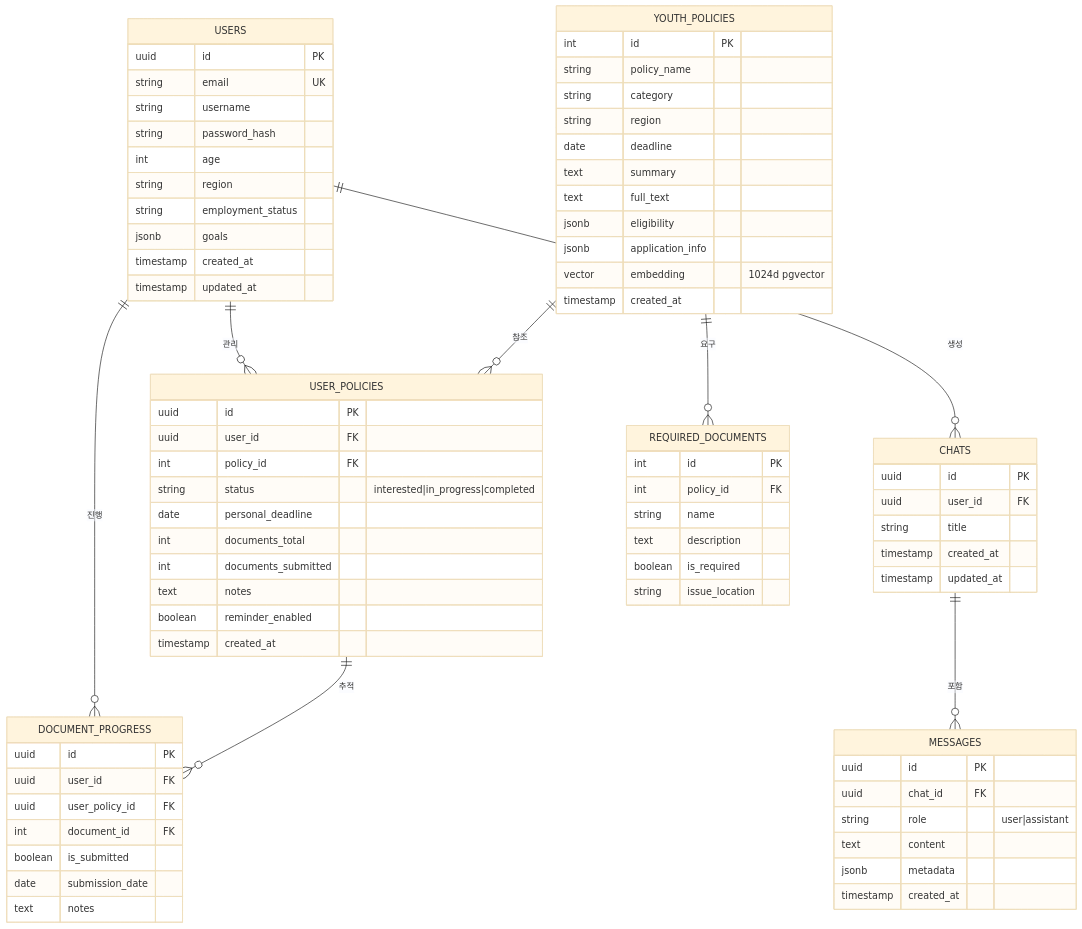
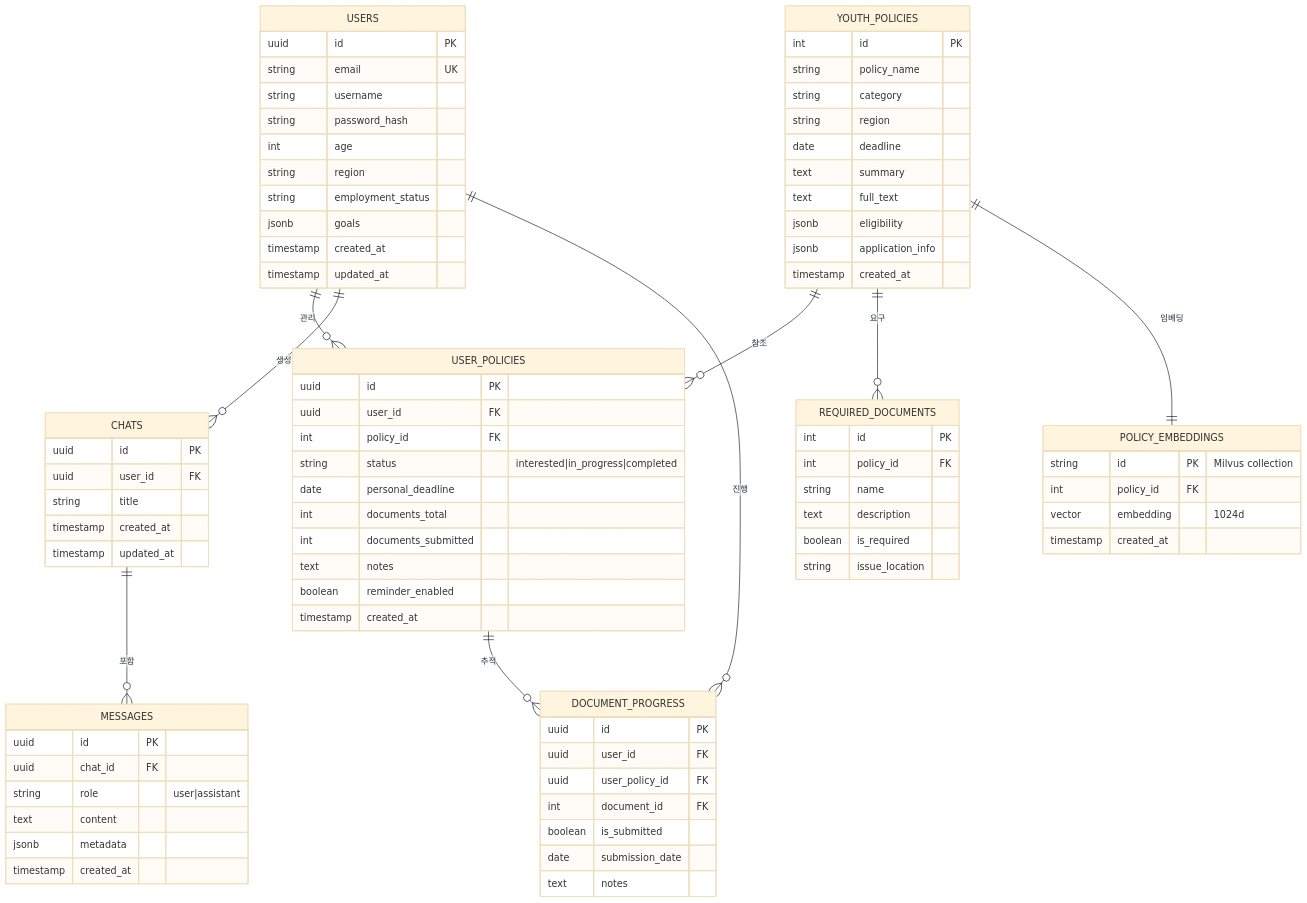
Before and after one commit to 1282saa/ssaacc: the second of 3 diagrams in README.md, drawn with Mermaid (base theme). The commit also changed other lines of this file and 1 other file, not shown here.

First line of the commit message:
docs: Unify vector DB to Milvus and add 4 architecture diagrams for proposal

```diff
--- a/README.md
+++ b/README.md
@@ -228,6 +233,7 @@
     CHATS ||--o{ MESSAGES : "포함"
     YOUTH_POLICIES ||--o{ USER_POLICIES : "참조"
     YOUTH_POLICIES ||--o{ REQUIRED_DOCUMENTS : "요구"
+    YOUTH_POLICIES ||--|| POLICY_EMBEDDINGS : "임베딩"
     USER_POLICIES ||--o{ DOCUMENT_PROGRESS : "추적"
 
     USERS {
@@ -253,7 +259,13 @@
         text full_text
         jsonb eligibility
         jsonb application_info
-        vector embedding "1024d pgvector"
+        timestamp created_at
+    }
+
+    POLICY_EMBEDDINGS {
+        string id PK "Milvus collection"
+        int policy_id FK
+        vector embedding "1024d"
         timestamp created_at
     }
 
```
